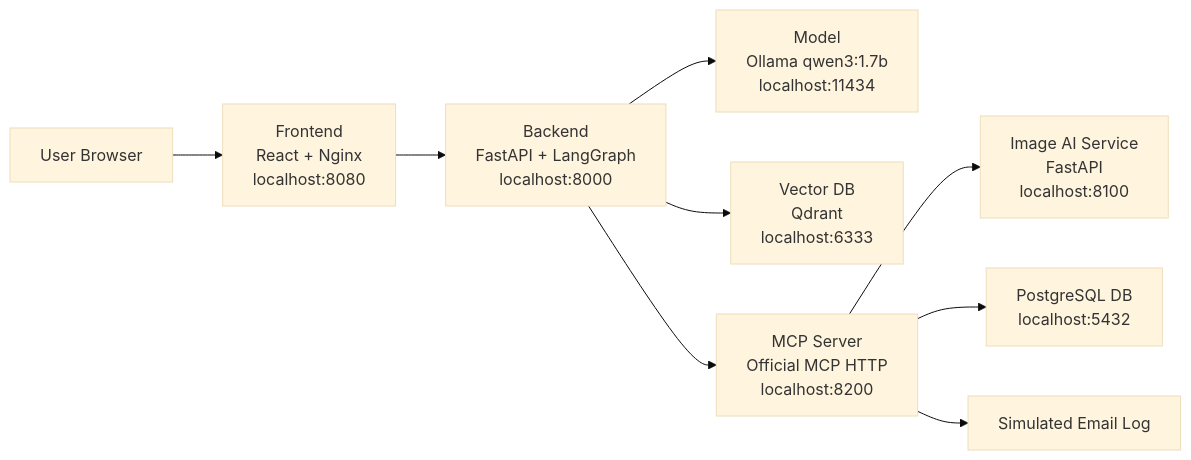
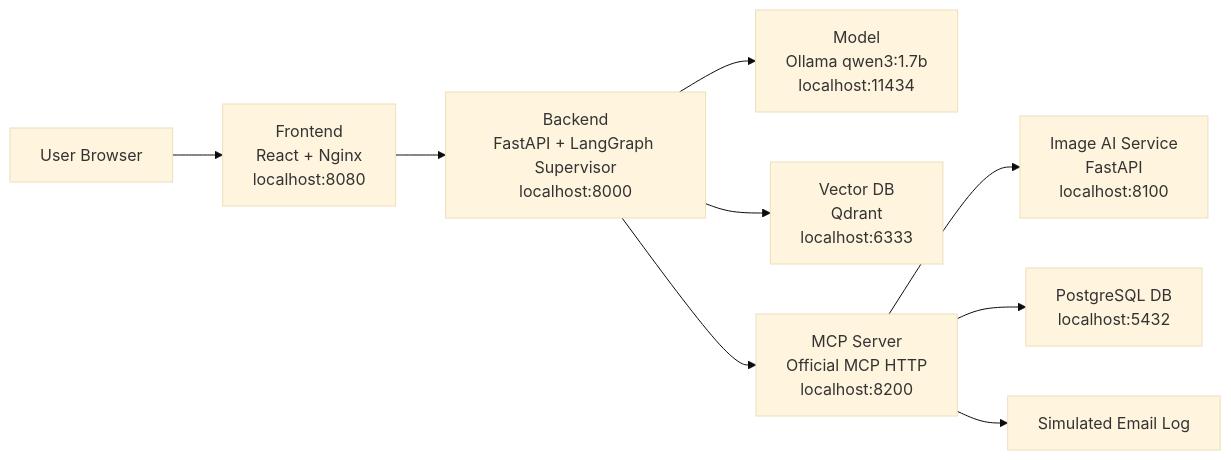
Before and after one commit to MostafaShehata/aster-pump: the diagram in DEPLOYMENT_STEPS.md, drawn with Mermaid (base theme). The commit also changed other lines of this file and 18 other files, not shown here.

````diff
--- a/DEPLOYMENT_STEPS.md
+++ b/DEPLOYMENT_STEPS.md
@@ -11,11 +11,11 @@
 ```mermaid
 flowchart LR
     User["User Browser"] --> Frontend["Frontend\nReact + Nginx\nlocalhost:8080"]
-    Frontend --> Backend["Backend\nFastAPI + LangGraph\nlocalhost:8000"]
+    Frontend --> Backend["Backend\nFastAPI + LangGraph Supervisor\nlocalhost:8000"]
     Backend --> Model["Model\nOllama qwen3:1.7b\nlocalhost:11434"]
     Backend --> VectorDB["Vector DB\nQdrant\nlocalhost:6333"]
     Backend --> MCP["MCP Server\nOfficial MCP HTTP\nlocalhost:8200"]
     MCP --> ImageAI["Image AI Service\nFastAPI\nlocalhost:8100"]
     MCP --> DB["PostgreSQL DB\nlocalhost:5432"]
     MCP --> Mail["Simulated Email Log"]
 ```
````
